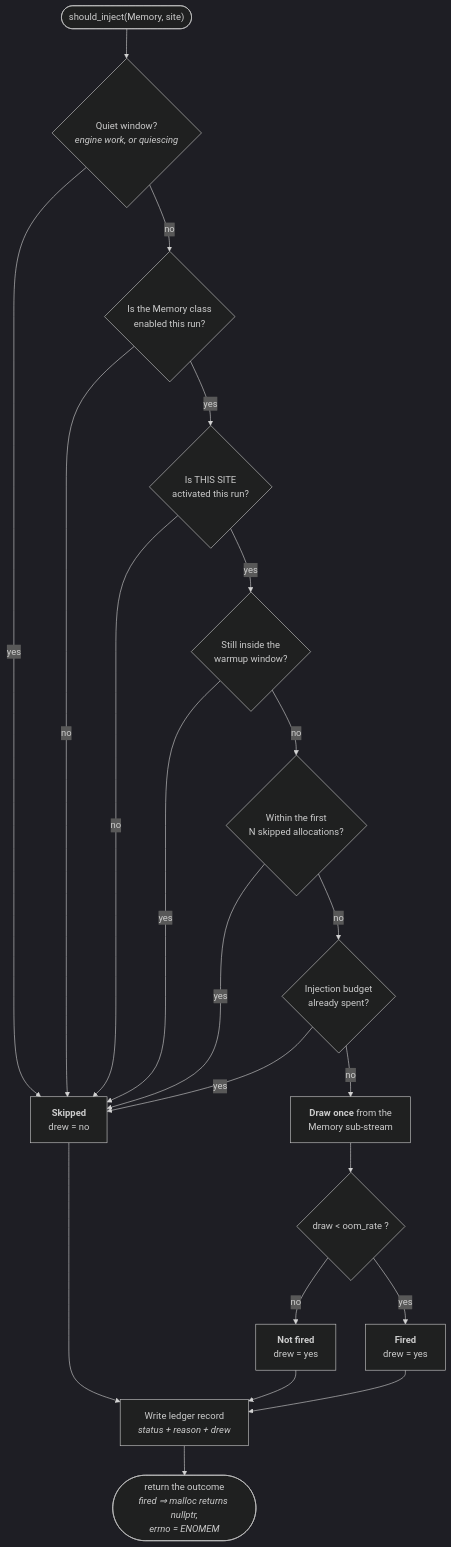
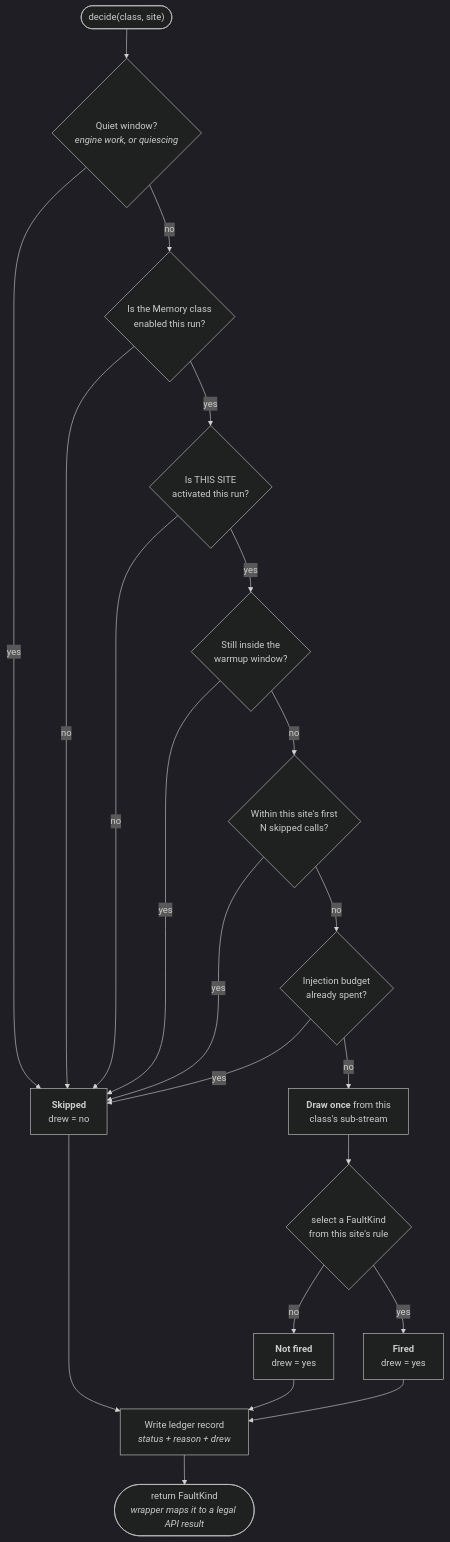
One commit to Soham-Maha/cosmos changed the third of 4 diagrams in docs/fault-injection.md. Above: the diagram before and after it, drawn with Mermaid (dark theme). The commit also changed other lines of this file and 327 other files, not shown here.

````diff
--- a/docs/fault-injection.md
+++ b/docs/fault-injection.md
@@ -458,24 +463,24 @@
 ```mermaid
 flowchart TD
-    Start(["should_inject(Memory, site)"]) --> G1{"Quiet window?<br><i>engine work, or quiescing</i>"}
+    Start(["decide(class, site)"]) --> G1{"Quiet window?<br><i>engine work, or quiescing</i>"}
     G1 -- yes --> Skip["<b>Skipped</b><br>drew = no"]
     G1 -- no --> G2{"Is the Memory class<br>enabled this run?"}
     G2 -- no --> Skip
     G2 -- yes --> G2b{"Is THIS SITE<br>activated this run?"}
     G2b -- no --> Skip
     G2b -- yes --> G3{"Still inside the<br>warmup window?"}
     G3 -- yes --> Skip
-    G3 -- no --> G4{"Within the first<br>N skipped allocations?"}
+    G3 -- no --> G4{"Within this site's first<br>N skipped calls?"}
     G4 -- yes --> Skip
     G4 -- no --> G5{"Injection budget<br>already spent?"}
     G5 -- yes --> Skip
-    G5 -- no --> Draw["<b>Draw once</b> from the<br>Memory sub-stream"]
-    Draw --> Cmp{"draw &lt; oom_rate ?"}
+    G5 -- no --> Draw["<b>Draw once</b> from this<br>class's sub-stream"]
+    Draw --> Cmp{"select a FaultKind<br>from this site's rule"}
     Cmp -- no --> Lost["<b>Not fired</b><br>drew = yes"]
     Cmp -- yes --> Fired["<b>Fired</b><br>drew = yes"]
 
     Skip --> Rec["Write ledger record<br><i>status + reason + drew</i>"]
     Lost --> Rec
     Fired --> Rec
-    Rec --> Out(["return the outcome<br><i>fired ⇒ malloc returns nullptr,<br>errno = ENOMEM</i>"])
+    Rec --> Out(["return FaultKind<br><i>wrapper maps it to a legal API result</i>"])
 ```
````
